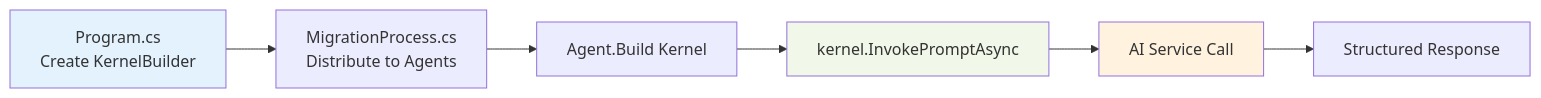
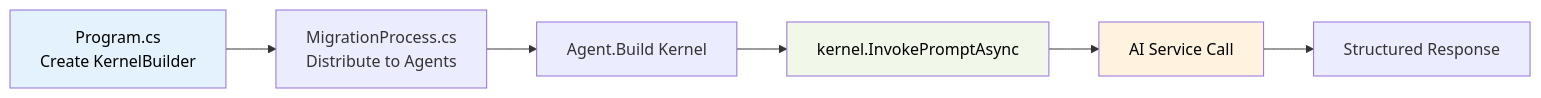
One commit to Azure-Samples/Legacy-Modernization-Agents changed the fourth of 4 diagrams in SEMANTIC_KERNEL_ARCHITECTURE.md. Above: the diagram before and after it, drawn with Mermaid. The commit also changed other lines of this file, not shown here.

Commit message:
Fixed diagram text color

````diff
--- a/SEMANTIC_KERNEL_ARCHITECTURE.md
+++ b/SEMANTIC_KERNEL_ARCHITECTURE.md
@@ -548,12 +548,12 @@
 ```mermaid
 graph LR
     A[Program.cs<br/>Create KernelBuilder] --> B[MigrationProcess.cs<br/>Distribute to Agents]
     B --> C[Agent.Build Kernel]
     C --> D[kernel.InvokePromptAsync]
     D --> E[AI Service Call]
     E --> F[Structured Response]
     
-    style A fill:#e3f2fd
-    style D fill:#f1f8e9
-    style E fill:#fff3e0
+    style A fill:#e3f2fd,color:#000000
+    style D fill:#f1f8e9,color:#000000
+    style E fill:#fff3e0,color:#000000
 ```
````
